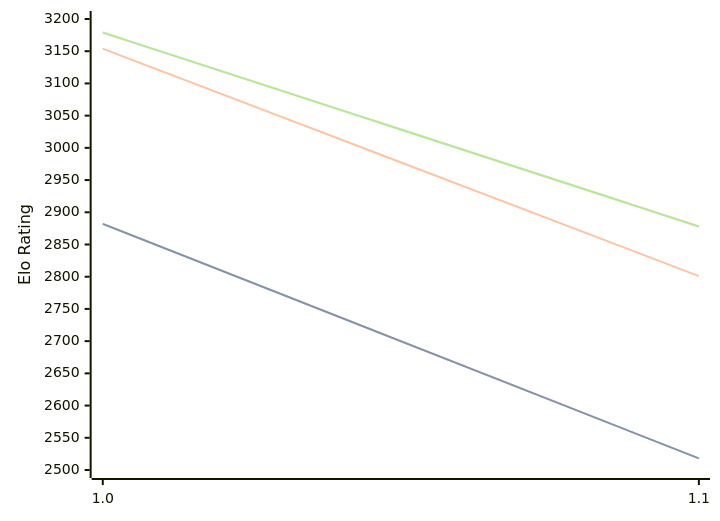
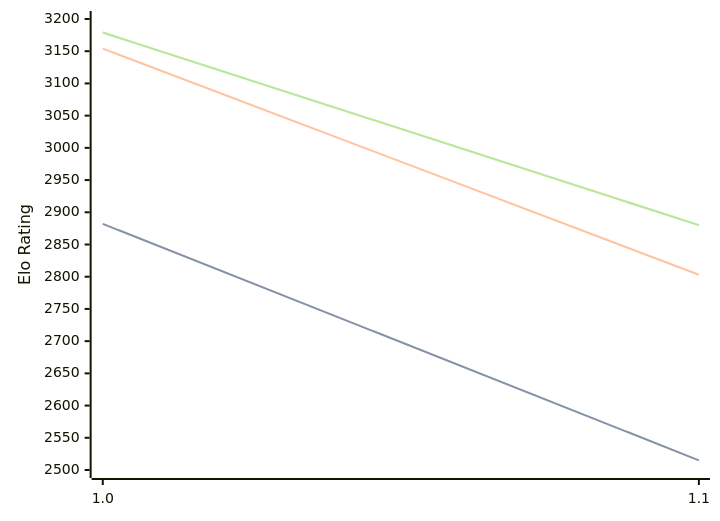
One commit to computer-chess-index/cci changed the diagram in engines/Publius.md. Above: the diagram before and after it, drawn with Mermaid. The commit also changed other lines of this file, not shown here.

Commit message:
Update CCI Ratings (ELO VLTC) - 2026-05-03

````diff
--- a/engines/Publius.md
+++ b/engines/Publius.md
@@ -32,11 +32,11 @@
 ```mermaid
 %%{init: {"theme":"base","themeVariables":{"seriesColors:['#a3a3a3','#222221','#faa371']}}}%%
 xychart-beta
   x-axis ["1.0", "1.1"]
   y-axis "Elo Rating" 2500 --> 3200
-  line "STC (8.0+0.08s)" [2882, 2518]
-  line "STC (8.0+0.08s)" [2882, 2518]
-  line "LTC (60.0+0.60s)" [3154, 2801]
-  line "VLTC (2m24s+1.12s)" [3179, 2878]
-  line "VLTC (2m24s+1.12s)" [3179, 2878]
+  line "STC (8.0+0.08s)" [2882, 2515]
+  line "STC (8.0+0.08s)" [2882, 2515]
+  line "LTC (60.0+0.60s)" [3154, 2803]
+  line "VLTC (2m24s+1.12s)" [3179, 2880]
+  line "VLTC (2m24s+1.12s)" [3179, 2880]
 ```
````
